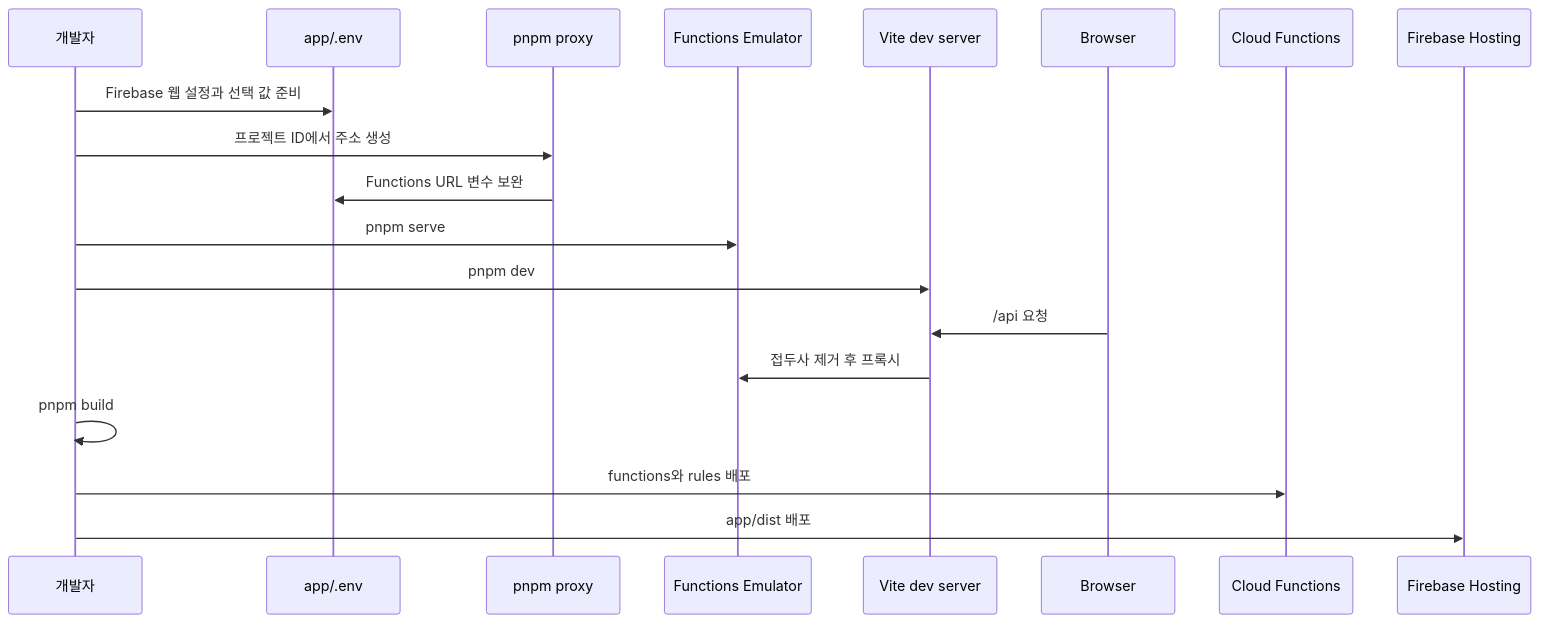
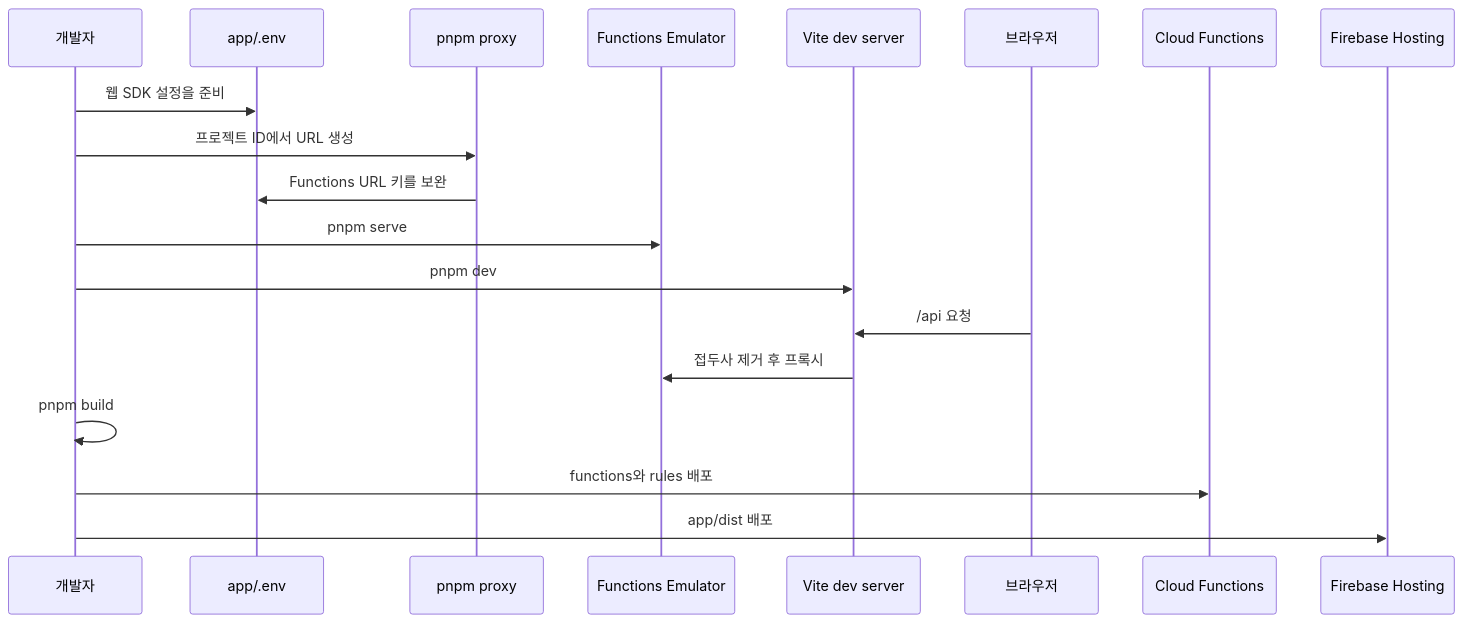
Before and after one commit to chucoding/code-recall: the diagram in openwiki/operations/local-development-and-deployment.md, drawn with Mermaid. The commit also changed other lines of this file and 26 other files, not shown here.

````diff
--- a/openwiki/operations/local-development-and-deployment.md
+++ b/openwiki/operations/local-development-and-deployment.md
@@ -45,22 +47,22 @@
 ```mermaid
 sequenceDiagram
   participant Dev as 개발자
   participant Env as app/.env
   participant Proxy as pnpm proxy
   participant Emu as Functions Emulator
   participant Vite as Vite dev server
-  participant Browser
+  participant Browser as 브라우저
   participant Fn as Cloud Functions
   participant Host as Firebase Hosting
 
-  Dev->>Env: Firebase 웹 설정과 선택 값 준비
-  Dev->>Proxy: 프로젝트 ID에서 주소 생성
-  Proxy->>Env: Functions URL 변수 보완
+  Dev->>Env: 웹 SDK 설정을 준비
+  Dev->>Proxy: 프로젝트 ID에서 URL 생성
+  Proxy->>Env: Functions URL 키를 보완
   Dev->>Emu: pnpm serve
   Dev->>Vite: pnpm dev
   Browser->>Vite: /api 요청
   Vite->>Emu: 접두사 제거 후 프록시
   Dev->>Dev: pnpm build
   Dev->>Fn: functions와 rules 배포
   Dev->>Host: app/dist 배포
 ```
````
